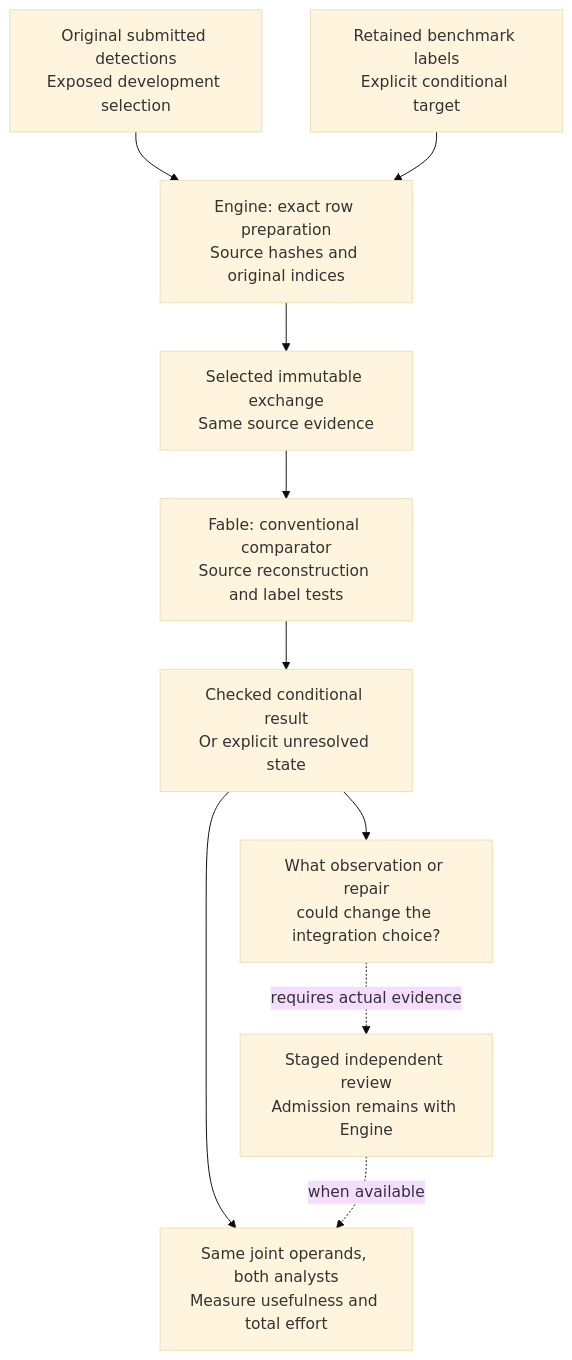
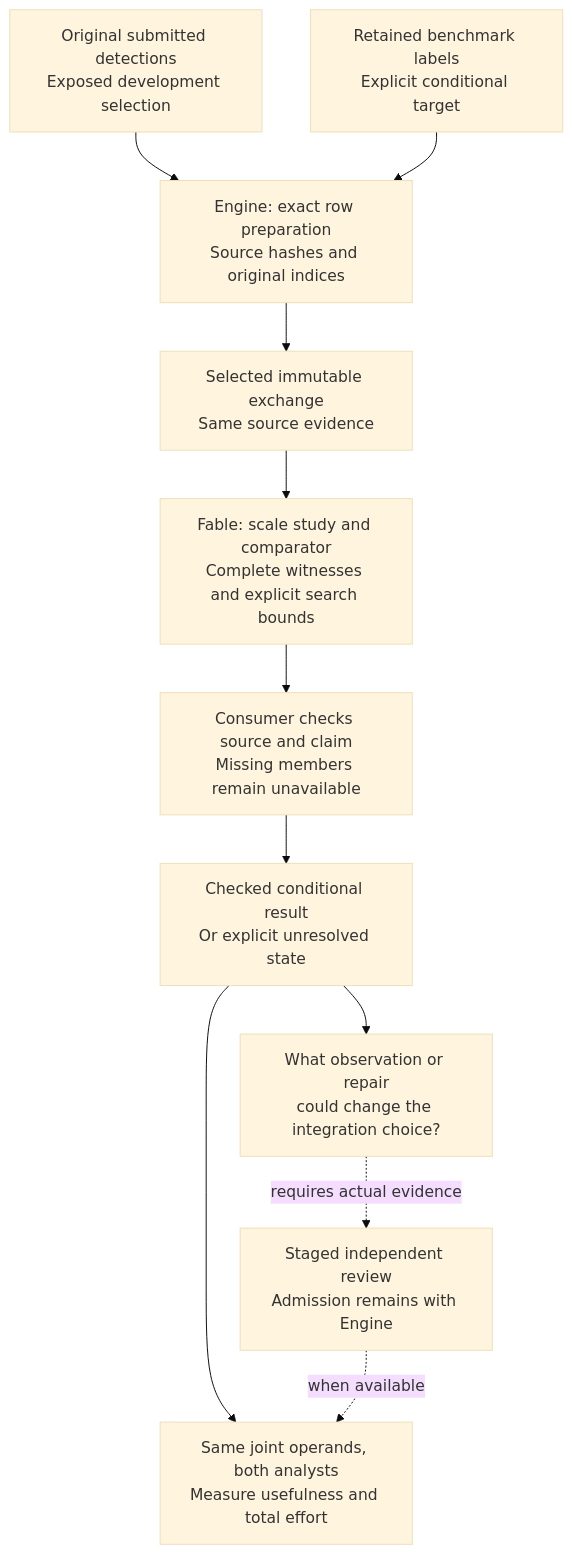
One commit to manfromnowhere143/reiyah changed the sixth of 7 diagrams in README.md. Above: the diagram before and after it, drawn with Mermaid (base theme). The commit also changed other lines of this file and 8 other files, not shown here.

Commit message:
Check scale-study search claims against joint deletion counterexamples

````diff
--- a/README.md
+++ b/README.md
@@ -339,12 +348,13 @@
 ```mermaid
 flowchart TB
   S["Original submitted detections<br/>Exposed development selection"] --> E["Engine: exact row preparation<br/>Source hashes and original indices"]
   E --> X["Selected immutable exchange<br/>Same source evidence"]
   B["Retained benchmark labels<br/>Explicit conditional target"] --> E
-  X --> F["Fable: conventional comparator<br/>Source reconstruction and label tests"]
-  F --> Q["Checked conditional result<br/>Or explicit unresolved state"]
+  X --> F["Fable: scale study and comparator<br/>Complete witnesses and explicit search bounds"]
+  F --> V["Consumer checks source and claim<br/>Missing members remain unavailable"]
+  V --> Q["Checked conditional result<br/>Or explicit unresolved state"]
   Q --> A["What observation or repair<br/>could change the integration choice?"]
   Q --> C["Same joint operands, both analysts<br/>Measure usefulness and total effort"]
   A -. "requires actual evidence" .-> R["Staged independent review<br/>Admission remains with Engine"]
   R -. "when available" .-> C
 ```
````
